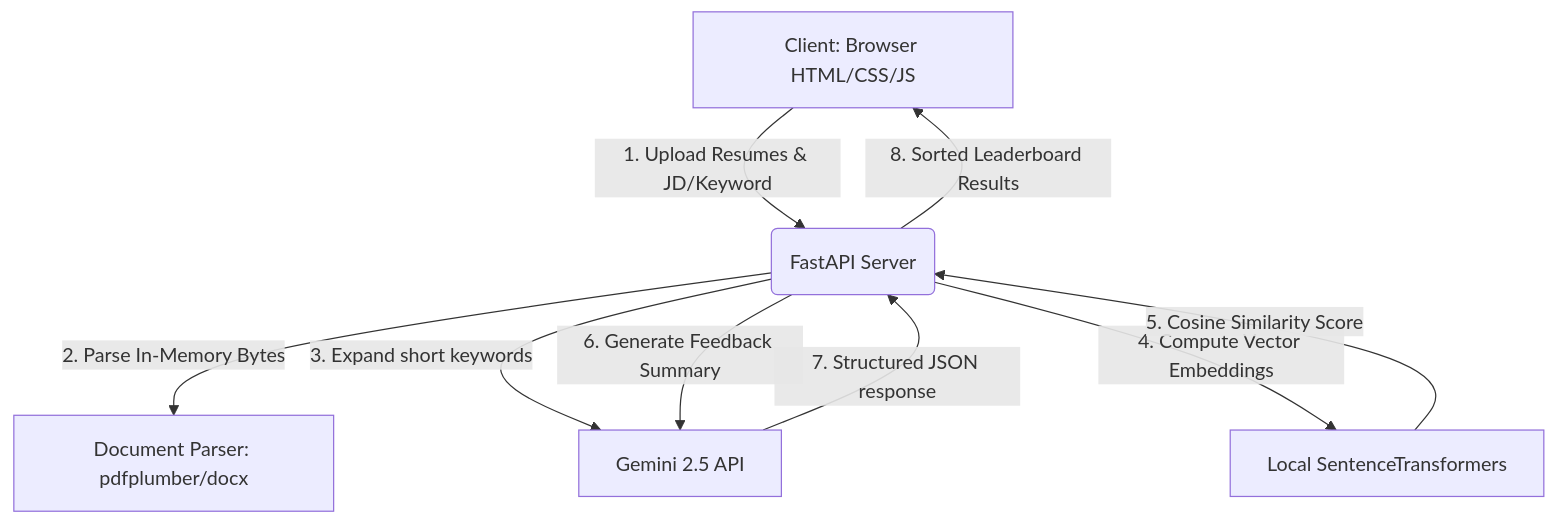
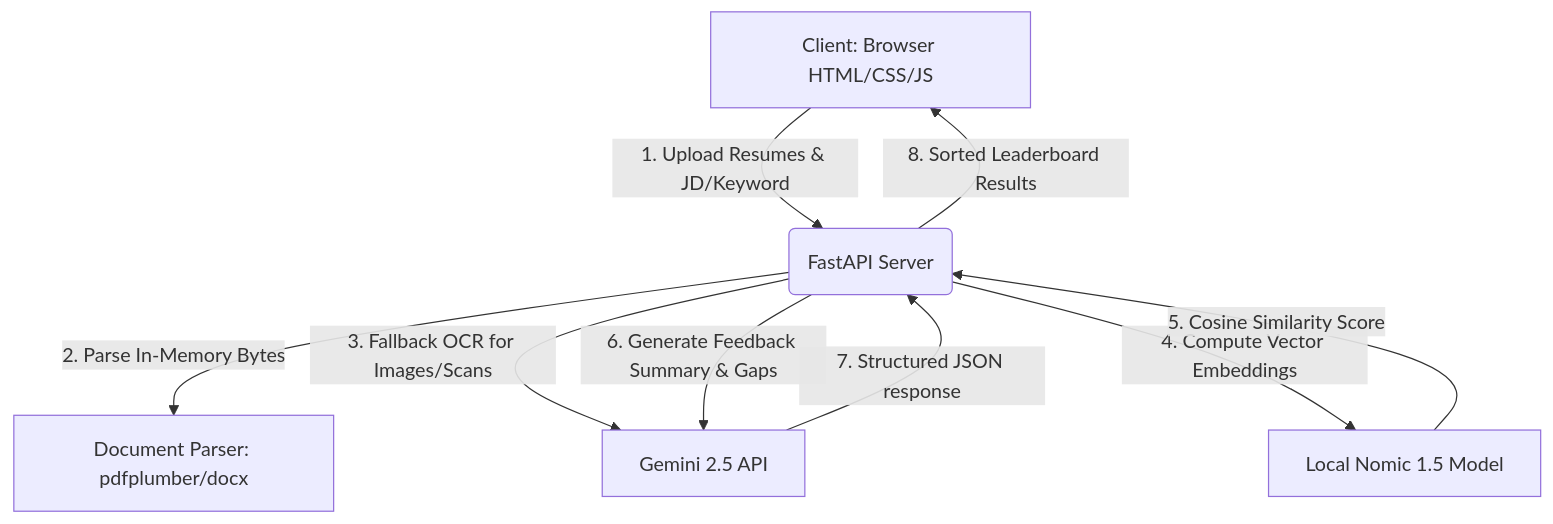
The diagram in README.md (ShreyasHegde0105/HireIntel), drawn with Mermaid before and after one commit. The commit also changed other lines of this file, not shown here.

Commit message:
Update README.md with detailed problem statement, solution, model comparison metrics, and project execution process

````diff
--- a/README.md
+++ b/README.md
@@ -30,11 +56,11 @@
 ```mermaid
 graph TD
     A[Client: Browser HTML/CSS/JS] -- 1. Upload Resumes & JD/Keyword --> B(FastAPI Server)
     B -- 2. Parse In-Memory Bytes --> C[Document Parser: pdfplumber/docx]
-    B -- 3. Expand short keywords --> D[Gemini 2.5 API]
-    B -- 4. Compute Vector Embeddings --> E[Local SentenceTransformers]
+    B -- 3. Fallback OCR for Images/Scans --> D[Gemini 2.5 API]
+    B -- 4. Compute Vector Embeddings --> E[Local Nomic 1.5 Model]
     E -- 5. Cosine Similarity Score --> B
-    B -- 6. Generate Feedback Summary --> D
+    B -- 6. Generate Feedback Summary & Gaps --> D
     D -- 7. Structured JSON response --> B
     B -- 8. Sorted Leaderboard Results --> A
 ```
````
